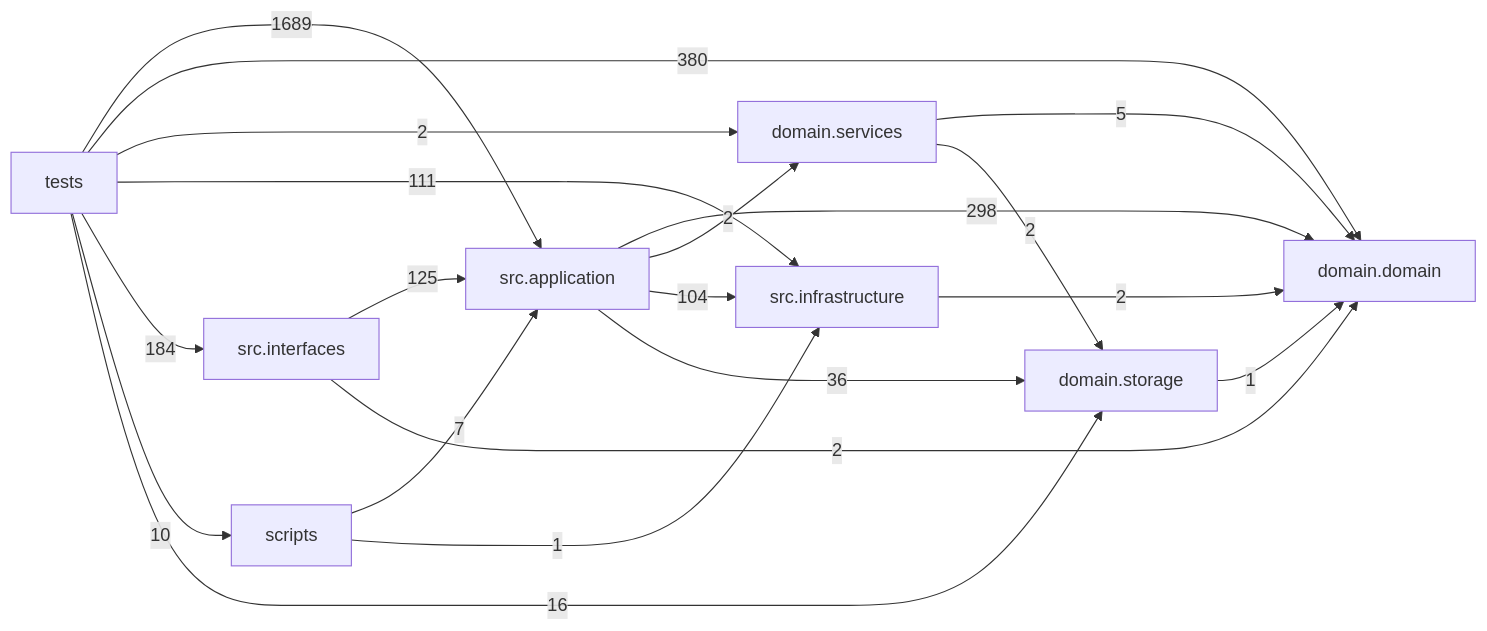
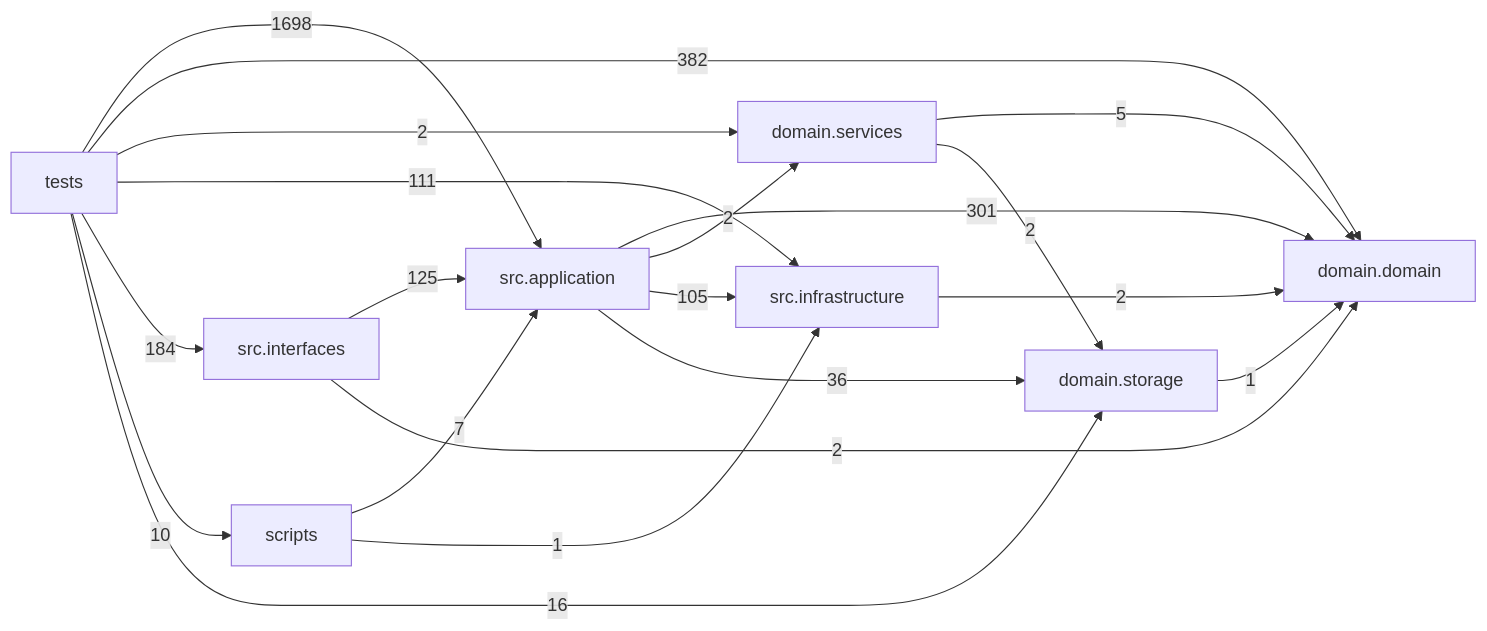
The diagram in docs/DEPENDENCY_GRAPH.md (liuxie066/options-monitor), drawn with Mermaid before and after one commit. The commit also changed other lines of this file and 15 other files, not shown here.

````diff
--- a/docs/DEPENDENCY_GRAPH.md
+++ b/docs/DEPENDENCY_GRAPH.md
@@ -24,30 +24,30 @@
 ```mermaid
 flowchart LR
   tests["tests"]
   scripts["scripts"]
   interfaces["src.interfaces"]
   application["src.application"]
   infrastructure["src.infrastructure"]
   domain_services["domain.services"]
   domain["domain.domain"]
   storage["domain.storage"]
-  application -->|298| domain
+  application -->|301| domain
   application -->|2| domain_services
-  application -->|104| infrastructure
+  application -->|105| infrastructure
   application -->|36| storage
   domain_services -->|5| domain
   domain_services -->|2| storage
   infrastructure -->|2| domain
   interfaces -->|125| application
   interfaces -->|2| domain
   scripts -->|7| application
   scripts -->|1| infrastructure
   storage -->|1| domain
-  tests -->|1689| application
-  tests -->|380| domain
+  tests -->|1698| application
+  tests -->|382| domain
   tests -->|2| domain_services
   tests -->|111| infrastructure
   tests -->|184| interfaces
   tests -->|10| scripts
   tests -->|16| storage
 ```
````
